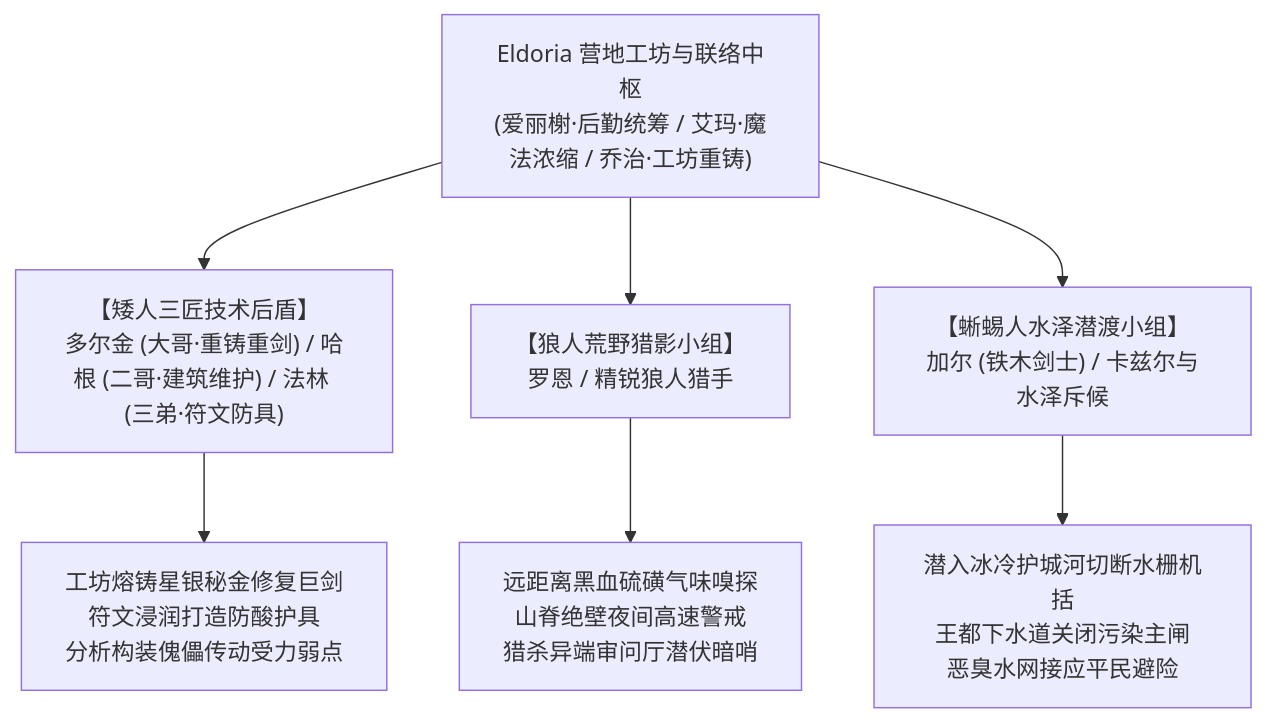
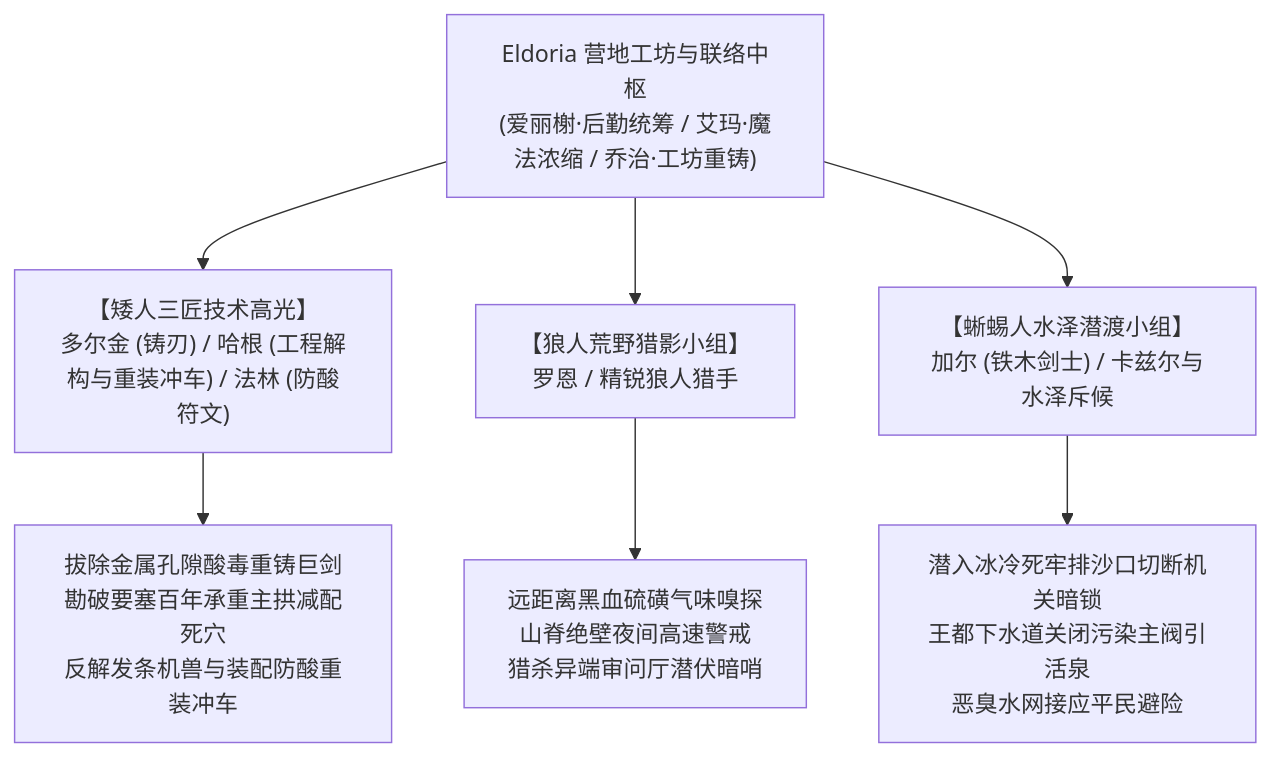
The diagram in 方案/第二部/主线与世界扩充方案/05_营地五族跨境联动与特遣支援方案.md (soranokiseki1437/eldoria-worldbook), drawn with Mermaid before and after one commit. The commit also changed other lines of this file and 28 other files, not shown here.

````diff
--- a/方案/第二部/主线与世界扩充方案/05_营地五族跨境联动与特遣支援方案.md
+++ b/方案/第二部/主线与世界扩充方案/05_营地五族跨境联动与特遣支援方案.md
@@ -25,12 +29,12 @@
 ```mermaid
 graph TD
     Camp["Eldoria 营地工坊与联络中枢<br/>(爱丽榭·后勤统筹 / 艾玛·魔法浓缩 / 乔治·工坊重铸)"]
     
-    Camp --> Dwarf["【矮人三匠技术后盾】<br/>多尔金 (大哥·重铸重剑) / 哈根 (二哥·建筑维护) / 法林 (三弟·符文防具)"]
+    Camp --> Dwarf["【矮人三匠技术高光】<br/>多尔金 (铸刃) / 哈根 (工程解构与重装冲车) / 法林 (防酸符文)"]
     Camp --> Wolf["【狼人荒野猎影小组】<br/>罗恩 / 精锐狼人猎手"]
     Camp --> Lizard["【蜥蜴人水泽潜渡小组】<br/>加尔 (铁木剑士) / 卡兹尔与水泽斥候"]
 
-    Dwarf --> D_Act["工坊熔铸星银秘金修复巨剑<br/>符文浸润打造防酸护具<br/>分析构装傀儡传动受力弱点"]
+    Dwarf --> D_Act["拔除金属孔隙酸毒重铸巨剑<br/>勘破要塞百年承重主拱减配死穴<br/>反解发条机兽与装配防酸重装冲车"]
     Wolf --> W_Act["远距离黑血硫磺气味嗅探<br/>山脊绝壁夜间高速警戒<br/>猎杀异端审问厅潜伏暗哨"]
-    Lizard --> L_Act["潜入冰冷护城河切断水栅机括<br/>王都下水道关闭污染主闸<br/>恶臭水网接应平民避险"]
+    Lizard --> L_Act["潜入冰冷死牢排沙口切断机关暗锁<br/>王都下水道关闭污染主阀引活泉<br/>恶臭水网接应平民避险"]
 ```
````
